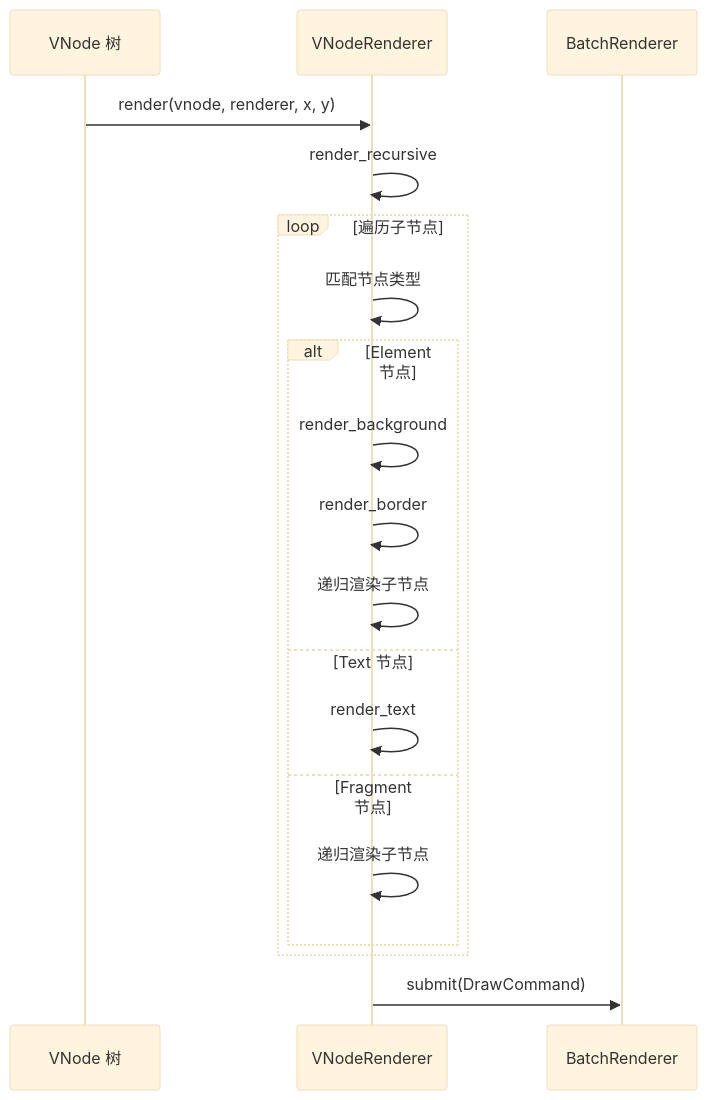
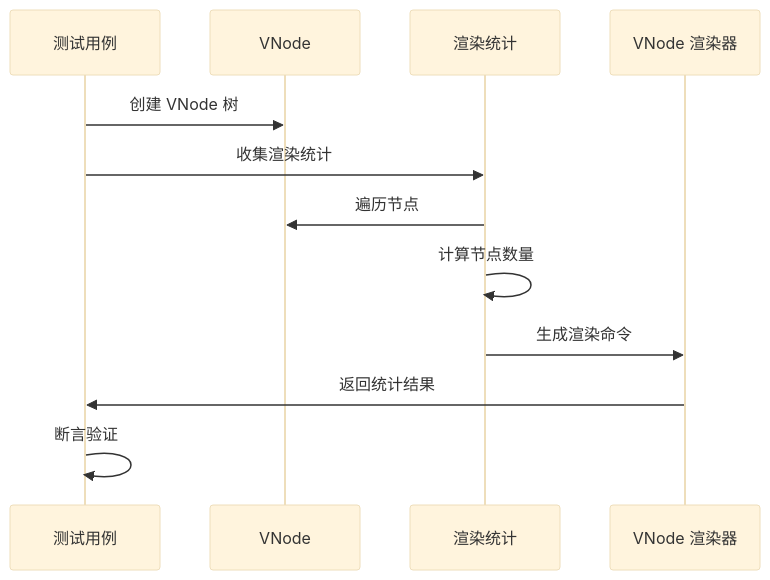
The fourth of 8 diagrams in .qoder/repowiki/zh/content/核心功能特性/工程化与商业化能力/测试框架与基础设施/测试框架与基础设施.md (itszzl-sudo/iris), drawn with Mermaid (base theme) before and after one commit. The commit also changed other lines of this file and 4 other files, not shown here.

````diff
--- a/.qoder/repowiki/zh/content/核心功能特性/工程化与商业化能力/测试框架与基础设施/测试框架与基础设施.md
+++ b/.qoder/repowiki/zh/content/核心功能特性/工程化与商业化能力/测试框架与基础设施/测试框架与基础设施.md
@@ -343,21 +160,14 @@
 ```mermaid
 sequenceDiagram
-participant VNode as VNode 树
-participant Renderer as VNodeRenderer
-participant Batch as BatchRenderer
-VNode->>Renderer : render(vnode, renderer, x, y)
-Renderer->>Renderer : render_recursive
-loop 遍历子节点
-Renderer->>Renderer : 匹配节点类型
-alt Element 节点
-Renderer->>Renderer : render_background
-Renderer->>Renderer : render_border
-Renderer->>Renderer : 递归渲染子节点
-else Text 节点
-Renderer->>Renderer : render_text
-else Fragment 节点
-Renderer->>Renderer : 递归渲染子节点
-end
-end
-Renderer->>Batch : submit(DrawCommand)
+participant TEST as 测试用例
+participant VNODE as VNode
+participant STATS as 渲染统计
+participant RENDERER as VNode 渲染器
+TEST->>VNODE : 创建 VNode 树
+TEST->>STATS : 收集渲染统计
+STATS->>VNODE : 遍历节点
+STATS->>STATS : 计算节点数量
+STATS->>RENDERER : 生成渲染命令
+RENDERER->>TEST : 返回统计结果
+TEST->>TEST : 断言验证
 ```
````
